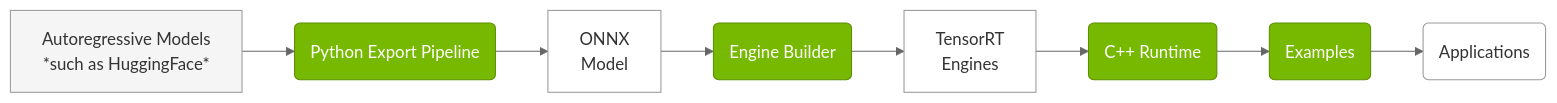
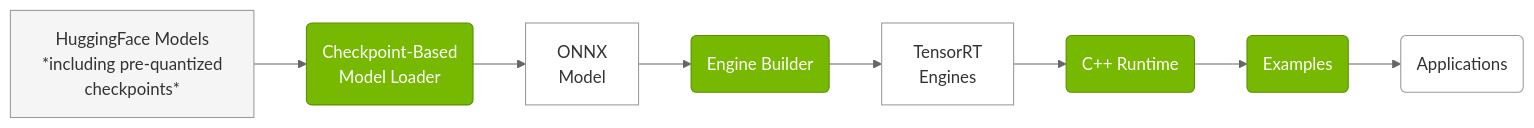
Before and after one commit to ConstBob/TensorRT-Edge-LLM: the diagram in docs/source/overview.md, drawn with Mermaid. The commit also changed other lines of this file and 46 other files, not shown here.

````diff
--- a/docs/source/overview.md
+++ b/docs/source/overview.md
@@ -57,33 +52,33 @@
 ```mermaid
 %%{init: {'theme':'neutral', 'themeVariables': {'primaryColor':'#76B900','primaryTextColor':'#fff','primaryBorderColor':'#5a8f00','lineColor':'#666','edgeLabelBackground':'#ffffff','labelTextColor':'#000','clusterBkg':'#ffffff','clusterBorder':'#999'}}}%%
 
 graph LR
-    HF_MODEL[Autoregressive Models<br>*such as HuggingFace*]
-    PYTHON_EXPORT(Python Export Pipeline)
+    HF_MODEL[HuggingFace Models<br>*including pre-quantized<br>checkpoints*]
+    PYTHON_EXPORT(Checkpoint-Based<br>Model Loader)
     ONNX_MODEL[ONNX<br>Model]
     ENGINE_BUILDER(Engine Builder)
     TRT_ENGINE[TensorRT<br>Engines]
     CPP_RUNTIME(C++ Runtime)
     SAMPLES(Examples)
     APPLICATIONS(Applications)
 
     HF_MODEL --> PYTHON_EXPORT
     PYTHON_EXPORT --> ONNX_MODEL
     ONNX_MODEL --> ENGINE_BUILDER
     ENGINE_BUILDER --> TRT_ENGINE
     TRT_ENGINE --> CPP_RUNTIME
     CPP_RUNTIME --> SAMPLES
     SAMPLES --> APPLICATIONS
 
     classDef greyNode fill:#f5f5f5,stroke:#999,stroke-width:1px,color:#333
     classDef nvNode fill:#76B900,stroke:#5a8f00,stroke-width:1px,color:#fff
     classDef darkNode fill:#ffffff,stroke:#999,stroke-width:1px,color:#333
     classDef inputNode fill:#f5f5f5,stroke:#999,stroke-width:1px,color:#333
     classDef itemNode fill:#ffffff,stroke:#999,stroke-width:1px,color:#333
 
     class HF_MODEL inputNode
     class ONNX_MODEL,TRT_ENGINE itemNode
     class PYTHON_EXPORT,ENGINE_BUILDER,CPP_RUNTIME nvNode
     class APPLICATIONS darkNode
     class SAMPLES nvNode
 ```
````
